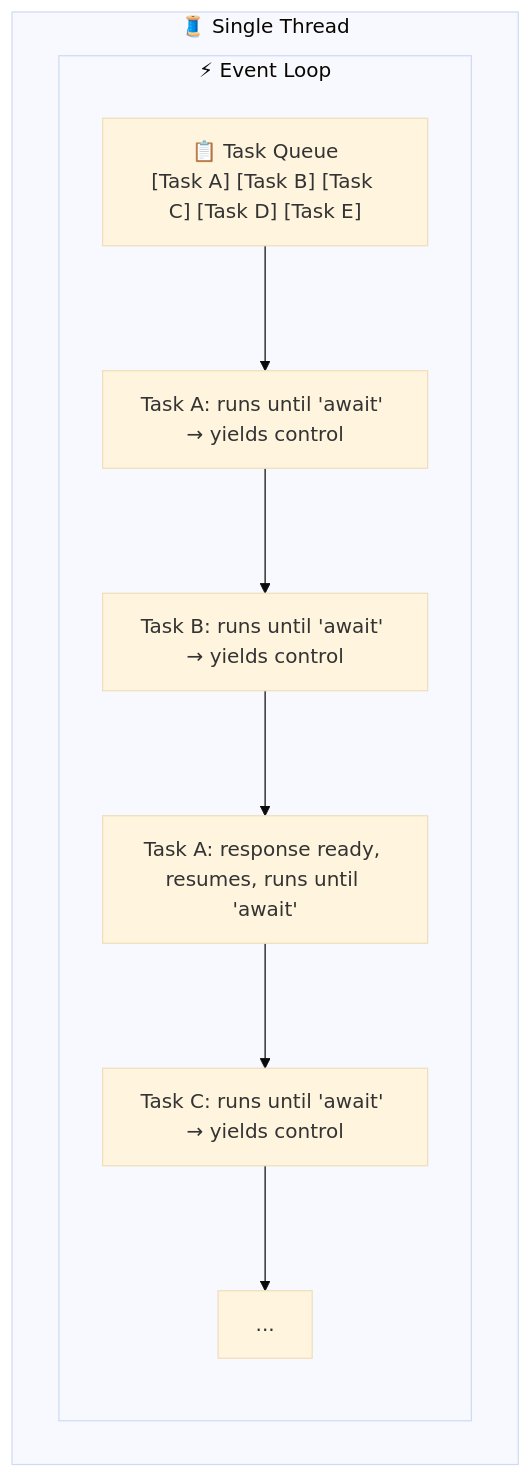
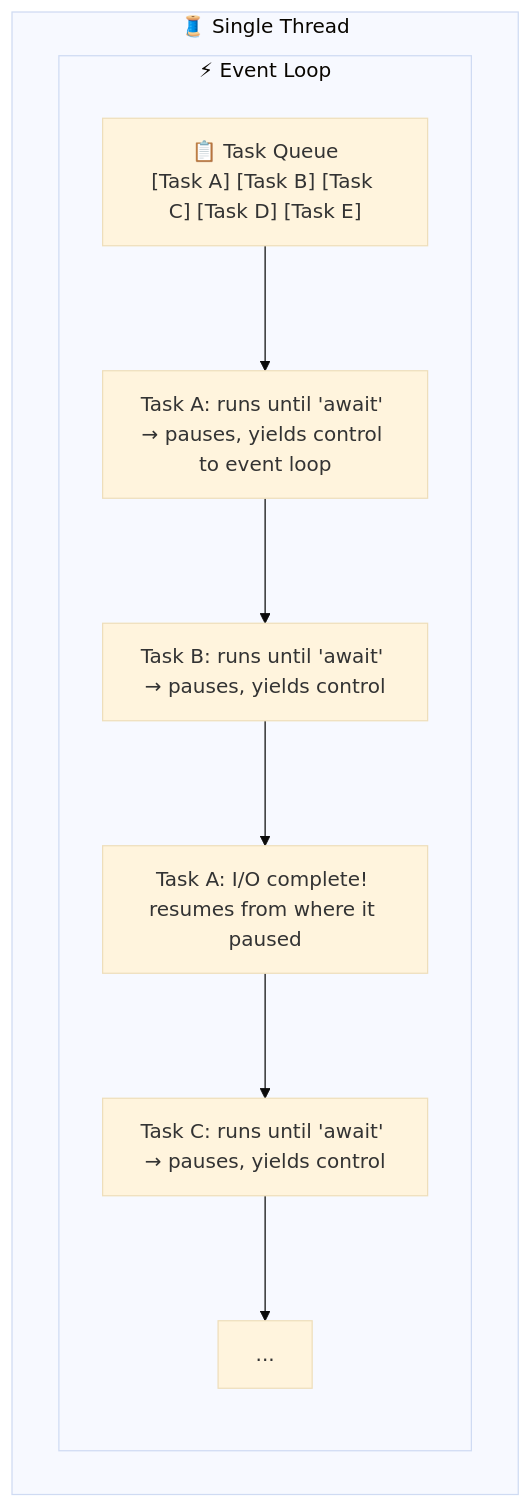
One commit to gitlost-murali/blogs changed the sixth of 10 diagrams in _posts/2026-25-01-understanding-async-python.md. Above: the diagram before and after it, drawn with Mermaid (base theme). The commit also changed other lines of this file, not shown here.

```diff
--- a/_posts/2026-25-01-understanding-async-python.md
+++ b/_posts/2026-25-01-understanding-async-python.md
@@ -364,13 +393,13 @@
 <div class="mermaid">
 flowchart TB
     subgraph SingleThread["🧵 Single Thread"]
         subgraph EventLoop["⚡ Event Loop"]
             Queue["📋 Task Queue<br/>[Task A] [Task B] [Task C] [Task D] [Task E]"]
-            Queue --> Step1["Task A: runs until 'await' → yields control"]
-            Step1 --> Step2["Task B: runs until 'await' → yields control"]
-            Step2 --> Step3["Task A: response ready, resumes, runs until 'await'"]
-            Step3 --> Step4["Task C: runs until 'await' → yields control"]
+            Queue --> Step1["Task A: runs until 'await' → pauses, yields control to event loop"]
+            Step1 --> Step2["Task B: runs until 'await' → pauses, yields control"]
+            Step2 --> Step3["Task A: I/O complete! resumes from where it paused"]
+            Step3 --> Step4["Task C: runs until 'await' → pauses, yields control"]
             Step4 --> Continue["..."]
         end
     end
 </div>
```
